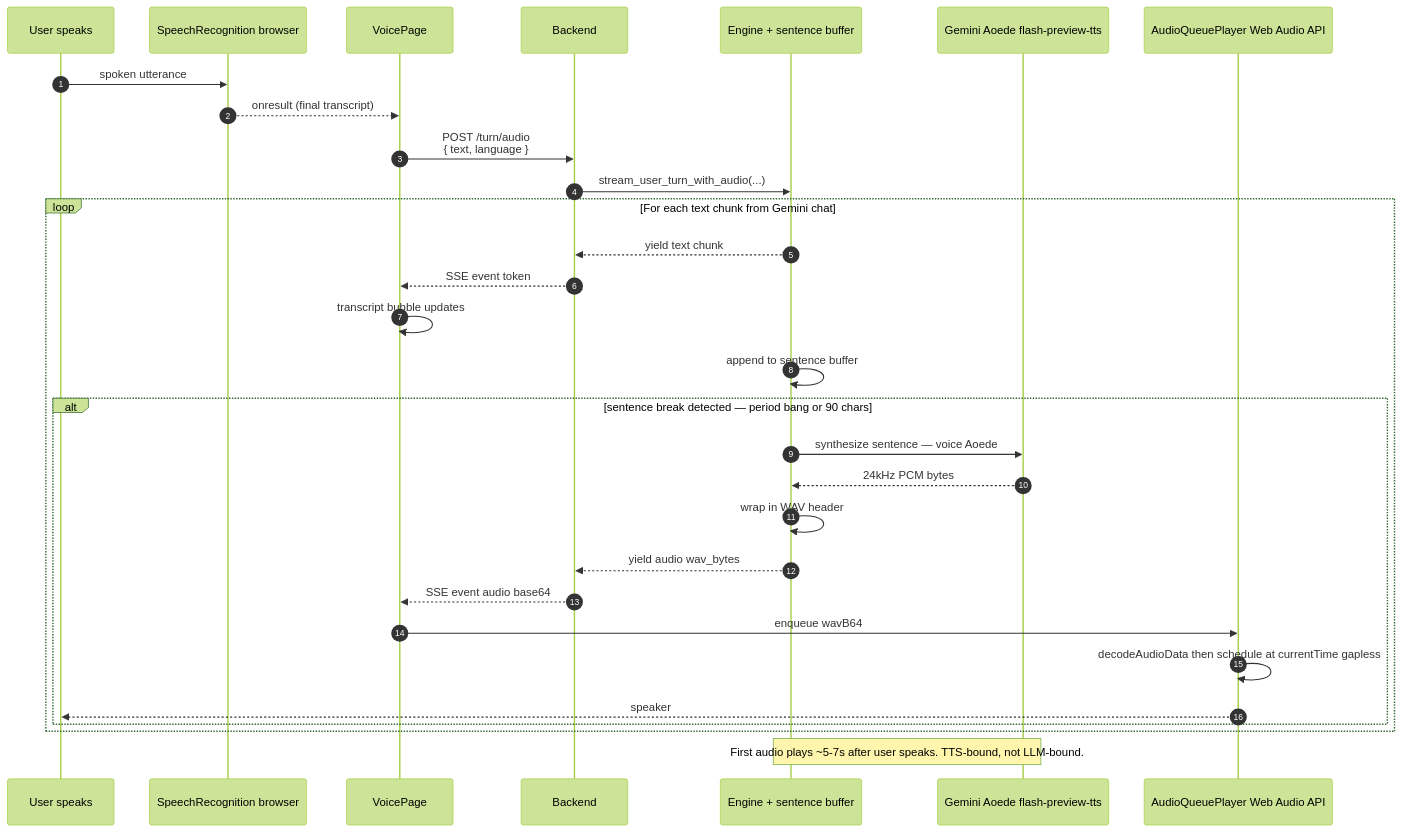
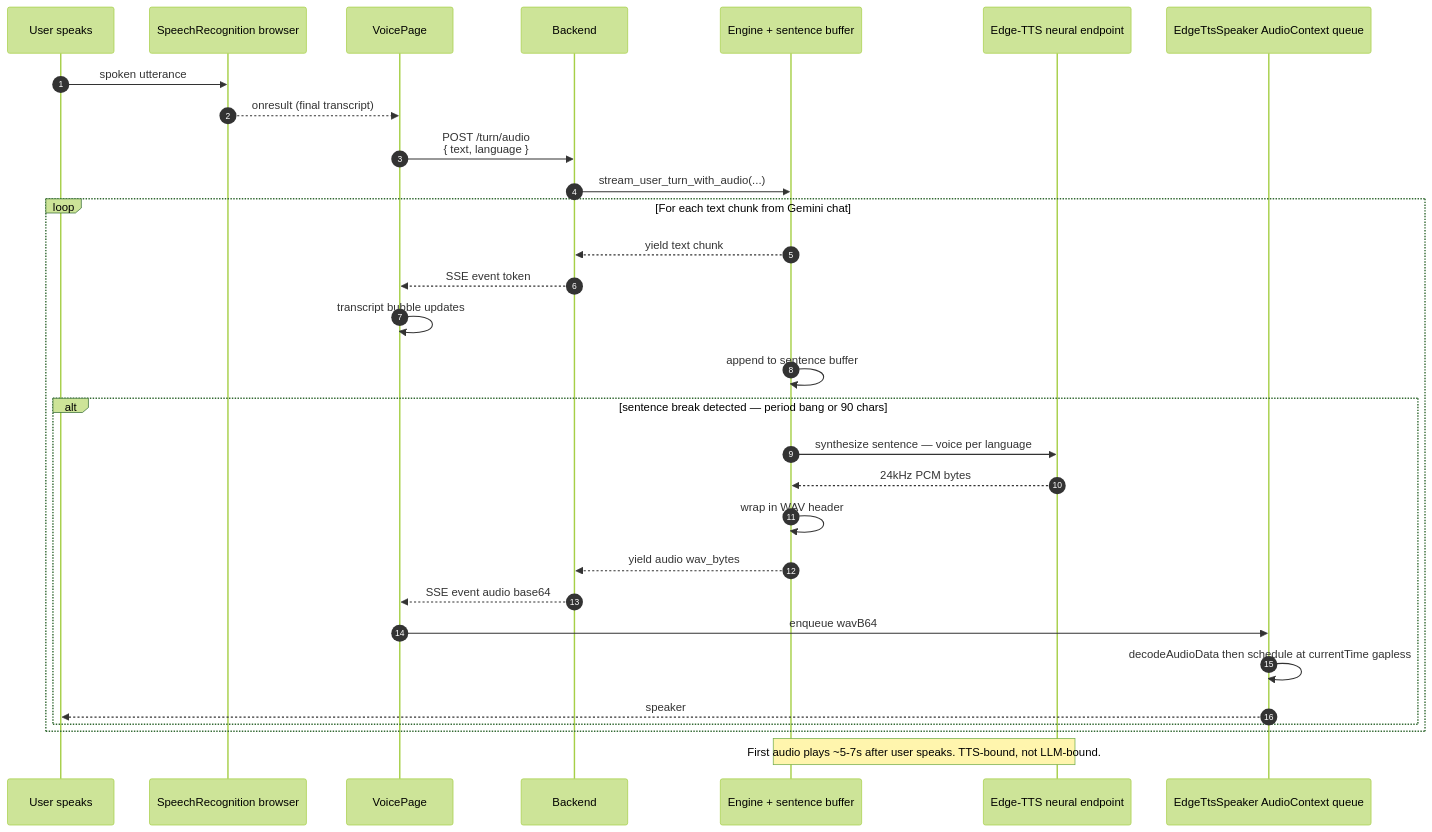
One commit to AmanG-04/rupeezy-voice-agent changed the fifth of 10 diagrams in ARCHITECTURE.md. Above: the diagram before and after it, drawn with Mermaid (forest theme). The commit also changed other lines of this file and 3 other files, not shown here.

````diff
--- a/ARCHITECTURE.md
+++ b/ARCHITECTURE.md
@@ -246,36 +250,36 @@
 ```mermaid
 sequenceDiagram
     autonumber
     participant U as User speaks
     participant SR as SpeechRecognition browser
     participant V as VoicePage
     participant B as Backend
     participant E as Engine + sentence buffer
-    participant TTS as Gemini Aoede flash-preview-tts
-    participant AP as AudioQueuePlayer Web Audio API
+    participant TTS as Edge-TTS neural endpoint
+    participant AP as EdgeTtsSpeaker AudioContext queue
 
     U->>SR: spoken utterance
     SR-->>V: onresult (final transcript)
     V->>B: POST /turn/audio<br/>{ text, language }
     B->>E: stream_user_turn_with_audio(...)
 
     loop For each text chunk from Gemini chat
         E-->>B: yield text chunk
         B-->>V: SSE event token
         V->>V: transcript bubble updates
 
         E->>E: append to sentence buffer
         alt sentence break detected — period bang or 90 chars
-            E->>TTS: synthesize sentence — voice Aoede
+            E->>TTS: synthesize sentence — voice per language
             TTS-->>E: 24kHz PCM bytes
             E->>E: wrap in WAV header
             E-->>B: yield audio wav_bytes
             B-->>V: SSE event audio base64
             V->>AP: enqueue wavB64
             AP->>AP: decodeAudioData then schedule at currentTime gapless
             AP-->>U: speaker
         end
     end
 
     Note over E,TTS: First audio plays ~5-7s after user speaks. TTS-bound, not LLM-bound.
 ```
````
